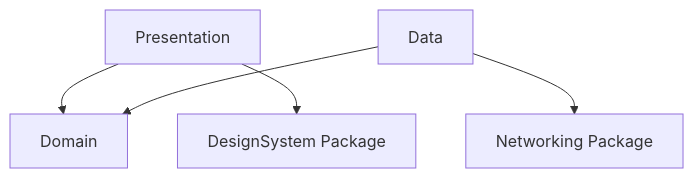
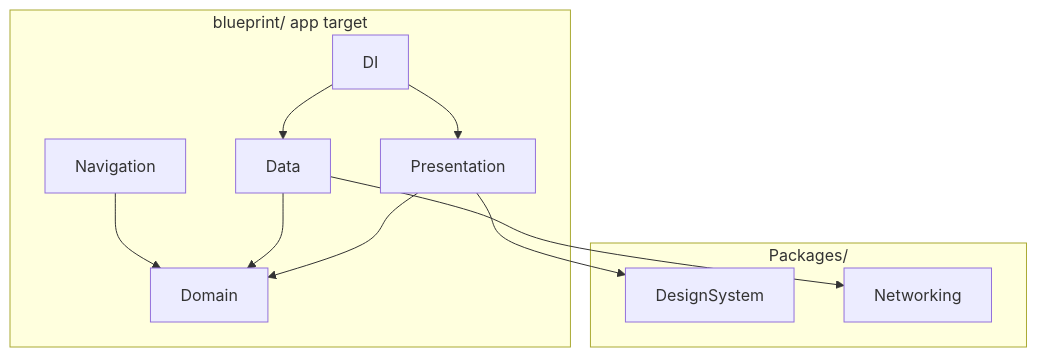
The diagram in Documentation/Content/en/architecture/modularization.md (luizmellodev/Blueprint), drawn with Mermaid before and after one commit. The commit also changed 32 other files, not shown here.

````diff
--- a/Documentation/Content/en/architecture/modularization.md
+++ b/Documentation/Content/en/architecture/modularization.md
@@ -56,13 +56,23 @@
 ```mermaid
 flowchart TB
-  PRES[Presentation]
-  DS[DesignSystem Package]
-  DATA[Data]
-  DOM[Domain]
-  NET[Networking Package]
+  subgraph Packages["Packages/"]
+    DS[DesignSystem]
+    NET[Networking]
+  end
+
+  subgraph App["blueprint/ app target"]
+    PRES[Presentation]
+    DATA[Data]
+    DOM[Domain]
+    NAV[Navigation]
+    DI[DI]
+  end
+
   PRES --> DOM
   PRES --> DS
   DATA --> DOM
   DATA --> NET
-  DOM
+  DI --> PRES
+  DI --> DATA
+  NAV --> DOM
 ```
````
